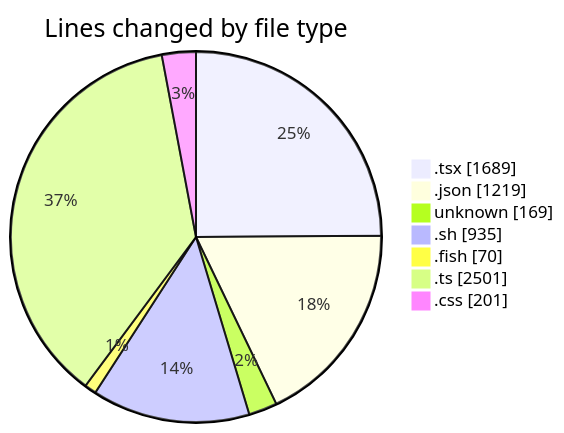
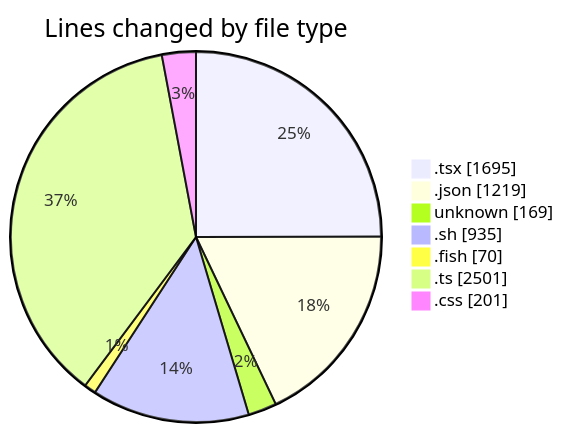
The first of 2 diagrams in 2025-07-17/ribbon/README.md (EIIisD/code-tracking), drawn with Mermaid before and after one commit. The commit also changed other lines of this file and 1 other file, not shown here.

````diff
--- a/2025-07-17/ribbon/README.md
+++ b/2025-07-17/ribbon/README.md
@@ -54,11 +54,11 @@
 ```mermaid
 pie showData
 title Lines changed by file type
-".tsx" : 1689
+".tsx" : 1695
 ".json" : 1219
 "unknown" : 169
 ".sh" : 935
 ".fish" : 70
 ".ts" : 2501
 ".css" : 201
 ```
````
